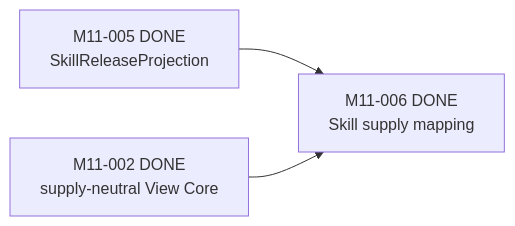
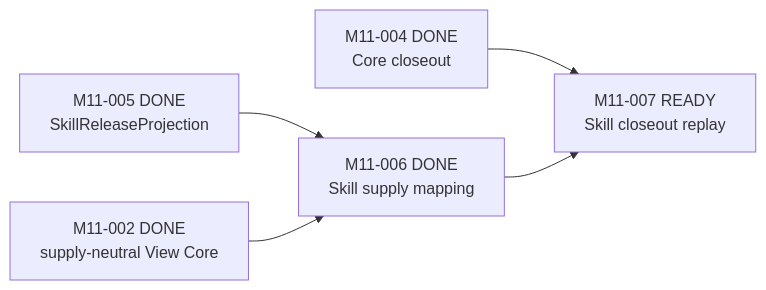
The fourth of 5 diagrams in docs/M_SERIES_IMPLEMENTATION_MAP.md (Chengyue-Lu/research-agent-workbench), drawn with Mermaid before and after one commit. The commit also changed other lines of this file and 19 other files, not shown here.

Commit message:
docs(m11): define Skill closeout replay gate

````diff
--- a/docs/M_SERIES_IMPLEMENTATION_MAP.md
+++ b/docs/M_SERIES_IMPLEMENTATION_MAP.md
@@ -161,5 +166,7 @@
 ```mermaid
 flowchart LR
     M1105["M11-005 DONE<br/>SkillReleaseProjection"] --> M1106["M11-006 DONE<br/>Skill supply mapping"]
     M1102["M11-002 DONE<br/>supply-neutral View Core"] --> M1106
+    M1104["M11-004 DONE<br/>Core closeout"] --> M1107["M11-007 READY<br/>Skill closeout replay"]
+    M1106 --> M1107
 ```
````
